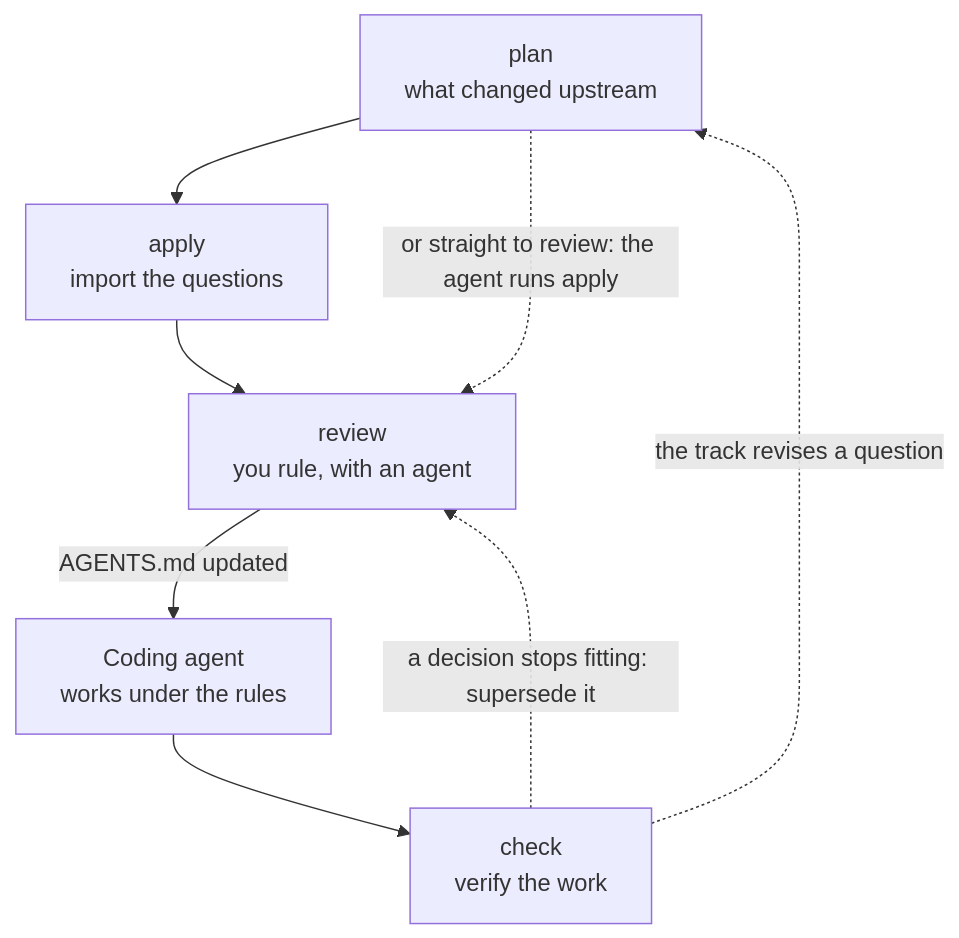
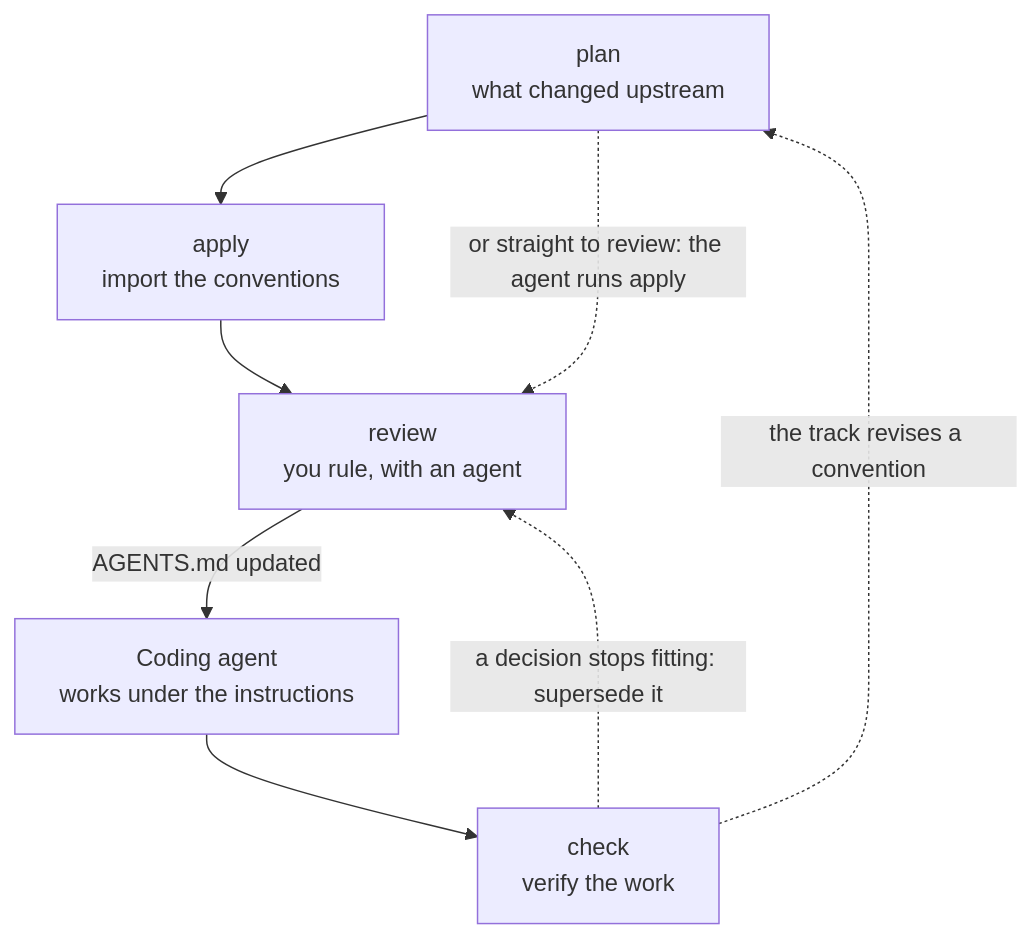
One commit to trivoallan/ontrack changed the second of 3 diagrams in docs/how-it-works.md. Above: the diagram before and after it, drawn with Mermaid. The commit also changed other lines of this file and 83 other files, not shown here.

First line of the commit message:
feat!: call what a track ships a convention (#221)

````diff
--- a/docs/how-it-works.md
+++ b/docs/how-it-works.md
@@ -100,14 +102,14 @@
 ```mermaid
 flowchart TD
   plan["plan<br/>what changed upstream"]
-  apply["apply<br/>import the questions"]
+  apply["apply<br/>import the conventions"]
   review["review<br/>you rule, with an agent"]
-  work["Coding agent<br/>works under the rules"]
+  work["Coding agent<br/>works under the instructions"]
   check["check<br/>verify the work"]
   plan --> apply --> review
   plan -.->|"or straight to review: the agent runs apply"| review
   review -->|"AGENTS.md updated"| work
   work --> check
-  check -.->|"the track revises a question"| plan
+  check -.->|"the track revises a convention"| plan
   check -.->|"a decision stops fitting: supersede it"| review
 ```
````
